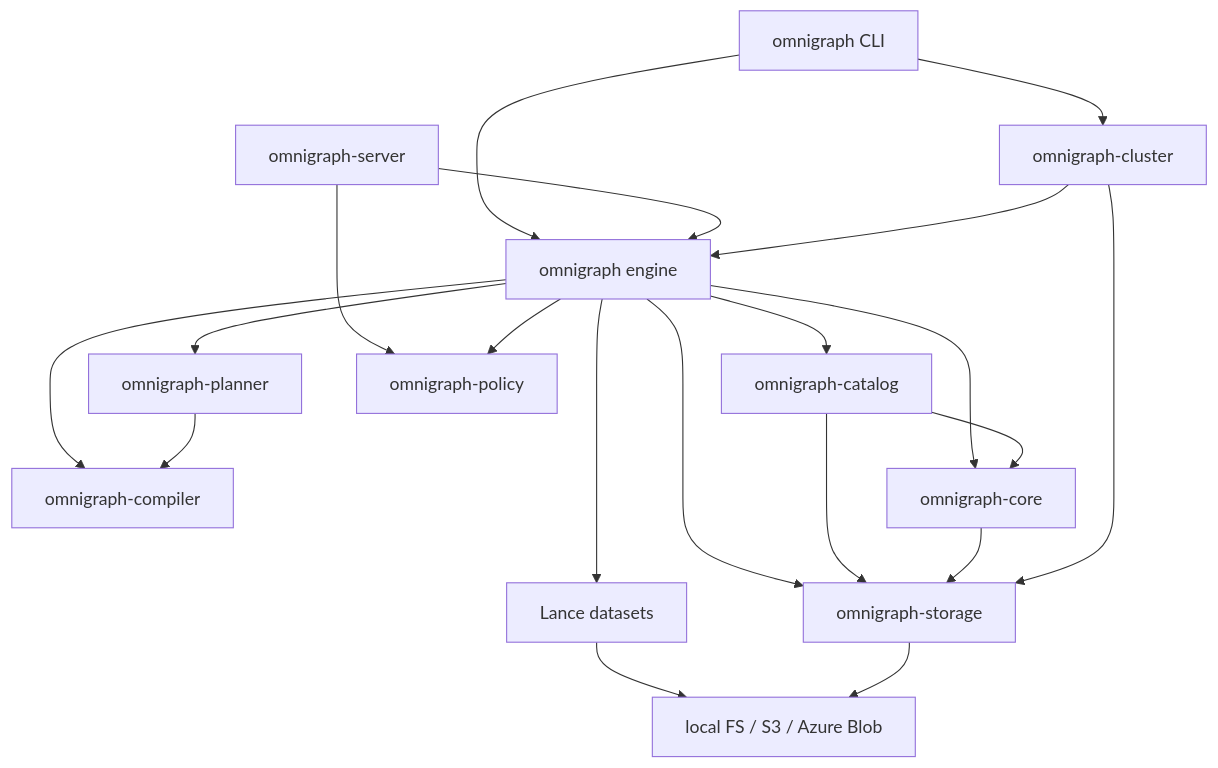
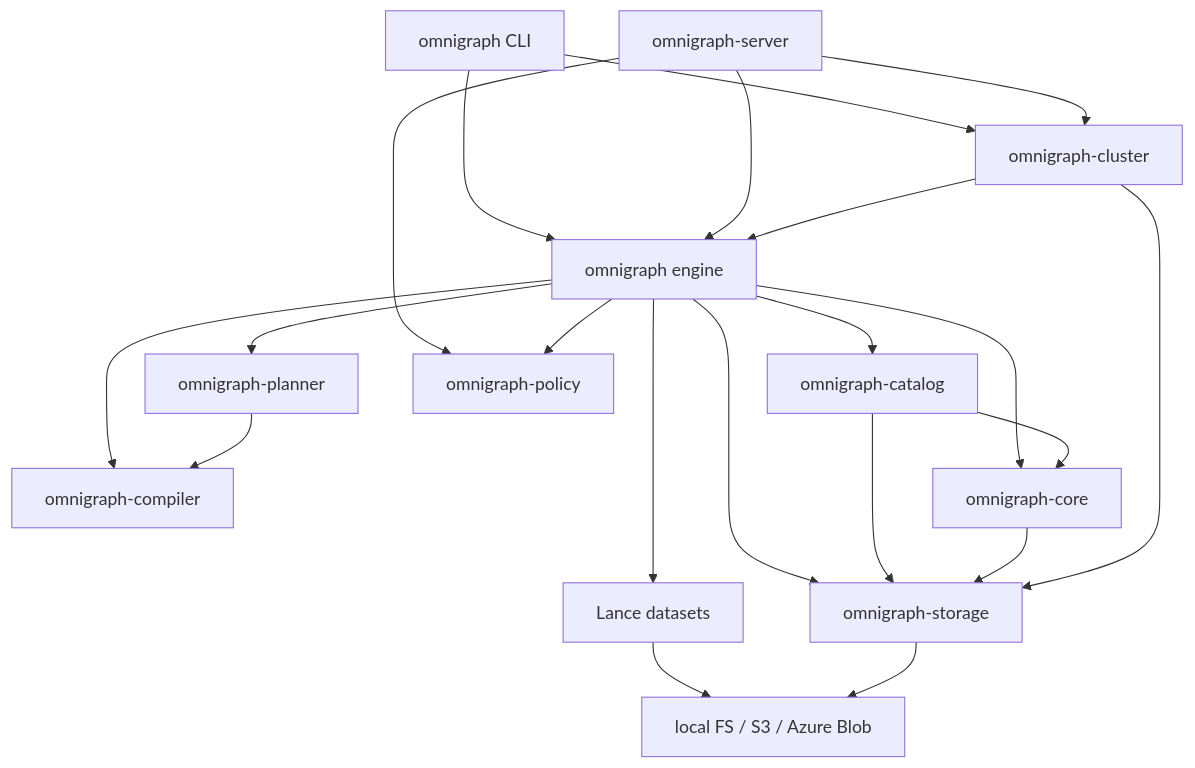
Before and after one commit to ModernRelay/omnigraph: the diagram in docs/dev/architecture.md, drawn with Mermaid. The commit also changed other lines of this file and 95 other files, not shown here.

````diff
--- a/docs/dev/architecture.md
+++ b/docs/dev/architecture.md
@@ -15,35 +15,36 @@
 ```mermaid
 flowchart TB
     CLI[omnigraph CLI]
     HTTP[omnigraph-server]
     CLUSTER[omnigraph-cluster]
     COMPILER[omnigraph-compiler]
     PLANNER[omnigraph-planner]
     ENGINE[omnigraph engine]
     CATALOG[omnigraph-catalog]
     CORE[omnigraph-core]
     POLICY[omnigraph-policy]
     STORAGE[omnigraph-storage]
     LANCE[Lance datasets]
     OBJECTS[local FS / S3 / Azure Blob]
 
     CLI --> CLUSTER
     CLI --> ENGINE
     HTTP --> ENGINE
+    HTTP --> CLUSTER
     HTTP --> POLICY
     CLUSTER --> ENGINE
     ENGINE --> COMPILER
     ENGINE --> PLANNER
     PLANNER --> COMPILER
     ENGINE --> POLICY
     ENGINE --> STORAGE
     ENGINE --> CATALOG
     ENGINE --> CORE
     CATALOG --> CORE
     CATALOG --> STORAGE
     CORE --> STORAGE
     ENGINE --> LANCE
     CLUSTER --> STORAGE
     LANCE --> OBJECTS
     STORAGE --> OBJECTS
 ```
````
